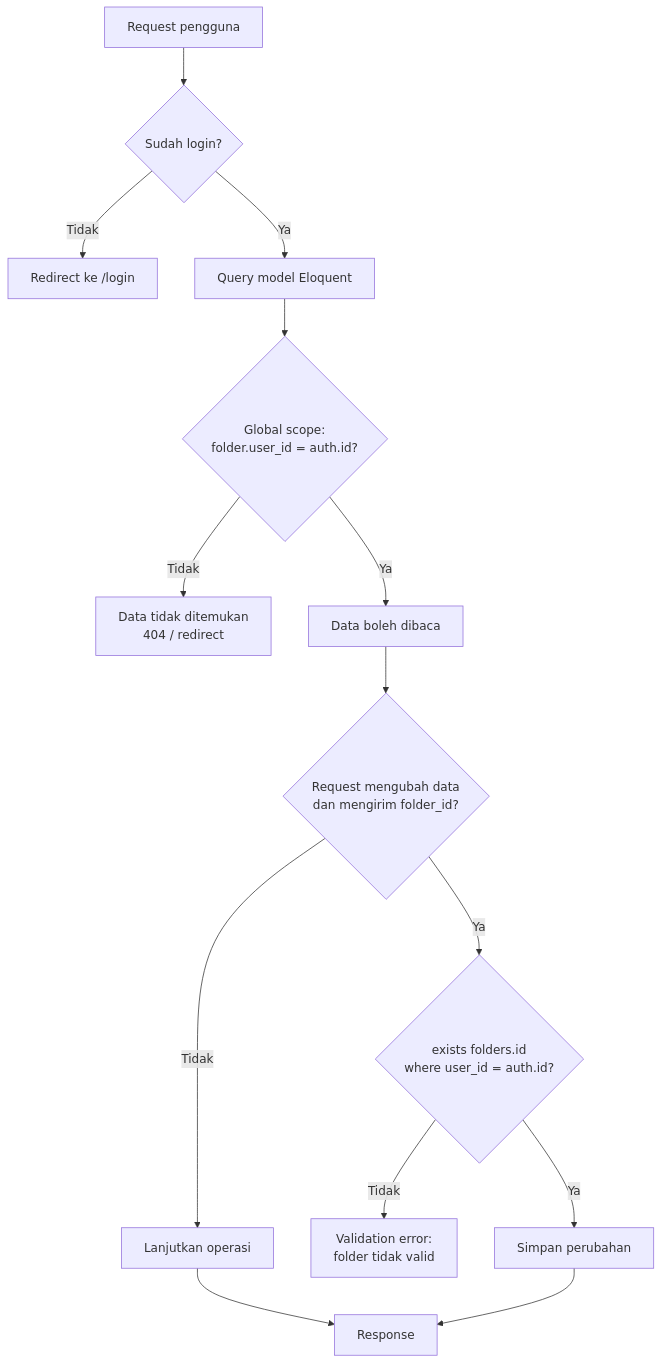
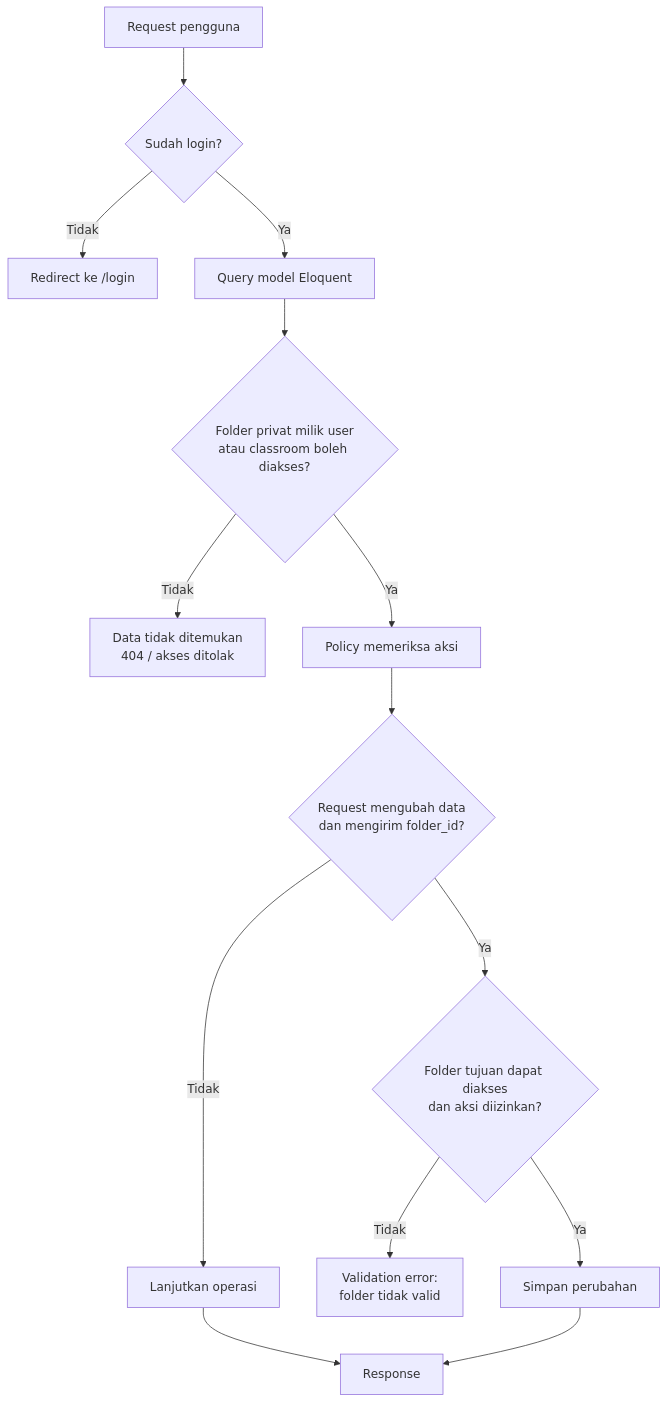
The first of 8 diagrams in docs/PRD.md (XWAYLAND/TataKelas), drawn with Mermaid before and after one commit. The commit also changed other lines of this file and 99 other files, not shown here.

````diff
--- a/docs/PRD.md
+++ b/docs/PRD.md
@@ -544,16 +583,16 @@
 ```mermaid
 flowchart TD
     A["Request pengguna"] --> B{"Sudah login?"}
     B -- "Tidak" --> C["Redirect ke /login"]
     B -- "Ya" --> D["Query model Eloquent"]
-    D --> E{"Global scope:<br/>folder.user_id = auth.id?"}
-    E -- "Tidak" --> F["Data tidak ditemukan<br/>404 / redirect"]
-    E -- "Ya" --> G["Data boleh dibaca"]
+    D --> E{"Folder privat milik user<br/>atau classroom boleh diakses?"}
+    E -- "Tidak" --> F["Data tidak ditemukan<br/>404 / akses ditolak"]
+    E -- "Ya" --> G["Policy memeriksa aksi"]
     G --> H{"Request mengubah data<br/>dan mengirim folder_id?"}
     H -- "Tidak" --> I["Lanjutkan operasi"]
-    H -- "Ya" --> J{"exists folders.id<br/>where user_id = auth.id?"}
+    H -- "Ya" --> J{"Folder tujuan dapat diakses<br/>dan aksi diizinkan?"}
     J -- "Tidak" --> K["Validation error:<br/>folder tidak valid"]
     J -- "Ya" --> L["Simpan perubahan"]
     I --> M["Response"]
     L --> M
 ```
````
